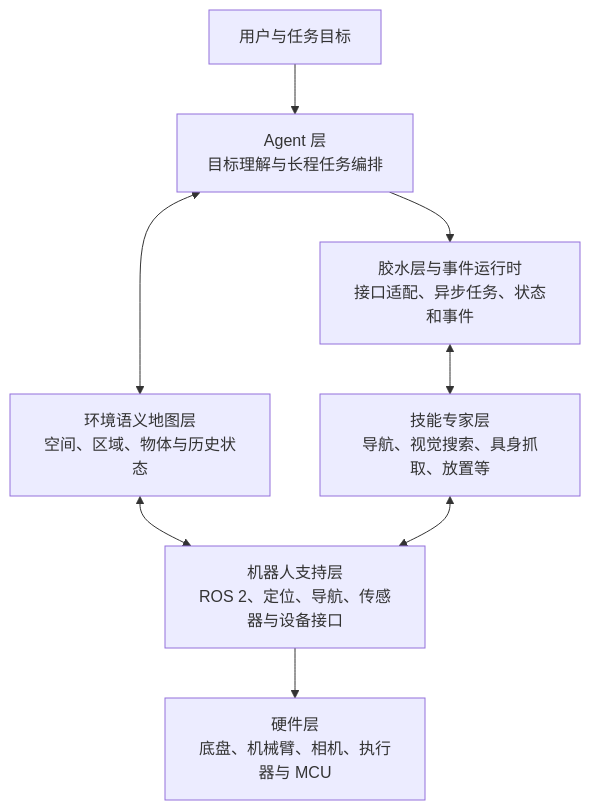
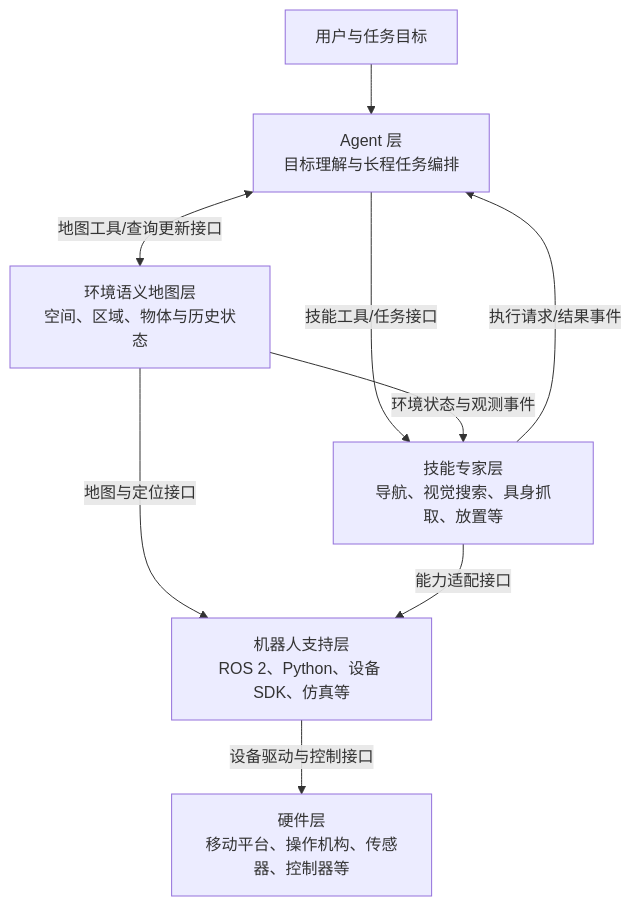
One commit to ianhequn/da_chuang_20261112 changed the diagram in 架构设计.md. Above: the diagram before and after it, drawn with Mermaid. The commit also changed other lines of this file and 5 other files, not shown here.

````diff
--- a/架构设计.md
+++ b/架构设计.md
@@ -13,18 +13,17 @@
 ```mermaid
 flowchart TD
     User[用户与任务目标]
     Agent[Agent 层<br/>目标理解与长程任务编排]
     Map[环境语义地图层<br/>空间、区域、物体与历史状态]
     Skill[技能专家层<br/>导航、视觉搜索、具身抓取、放置等]
-    ROS[机器人支持层<br/>ROS 2、定位、导航、传感器与设备接口]
-    Hardware[硬件层<br/>底盘、机械臂、相机、执行器与 MCU]
-    Glue[胶水层与事件运行时<br/>接口适配、异步任务、状态和事件]
-
+    ROS[机器人支持层<br/>ROS 2、Python、设备 SDK、仿真等]
+    Hardware[硬件层<br/>移动平台、操作机构、传感器、控制器等]
     User --> Agent
-    Agent <--> Map
-    Agent --> Glue
-    Glue <--> Skill
-    Map <--> ROS
-    Skill <--> ROS
-    ROS --> Hardware
+    Agent <-->|地图工具/查询更新接口| Map
+    Agent -->|技能工具/任务接口| Skill
+    Map -->|环境状态与观测事件| Skill
+    Skill -->|执行请求/结果事件| Agent
+    Map -->|地图与定位接口| ROS
+    Skill -->|能力适配接口| ROS
+    ROS -->|设备驱动与控制接口| Hardware
 ```
````
